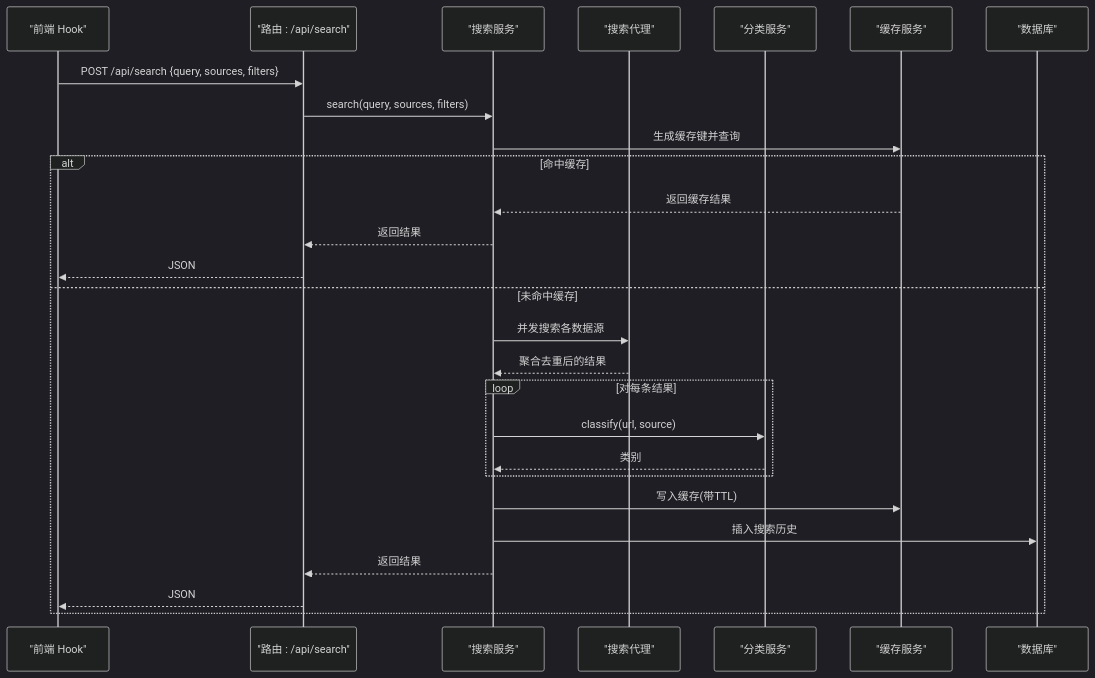
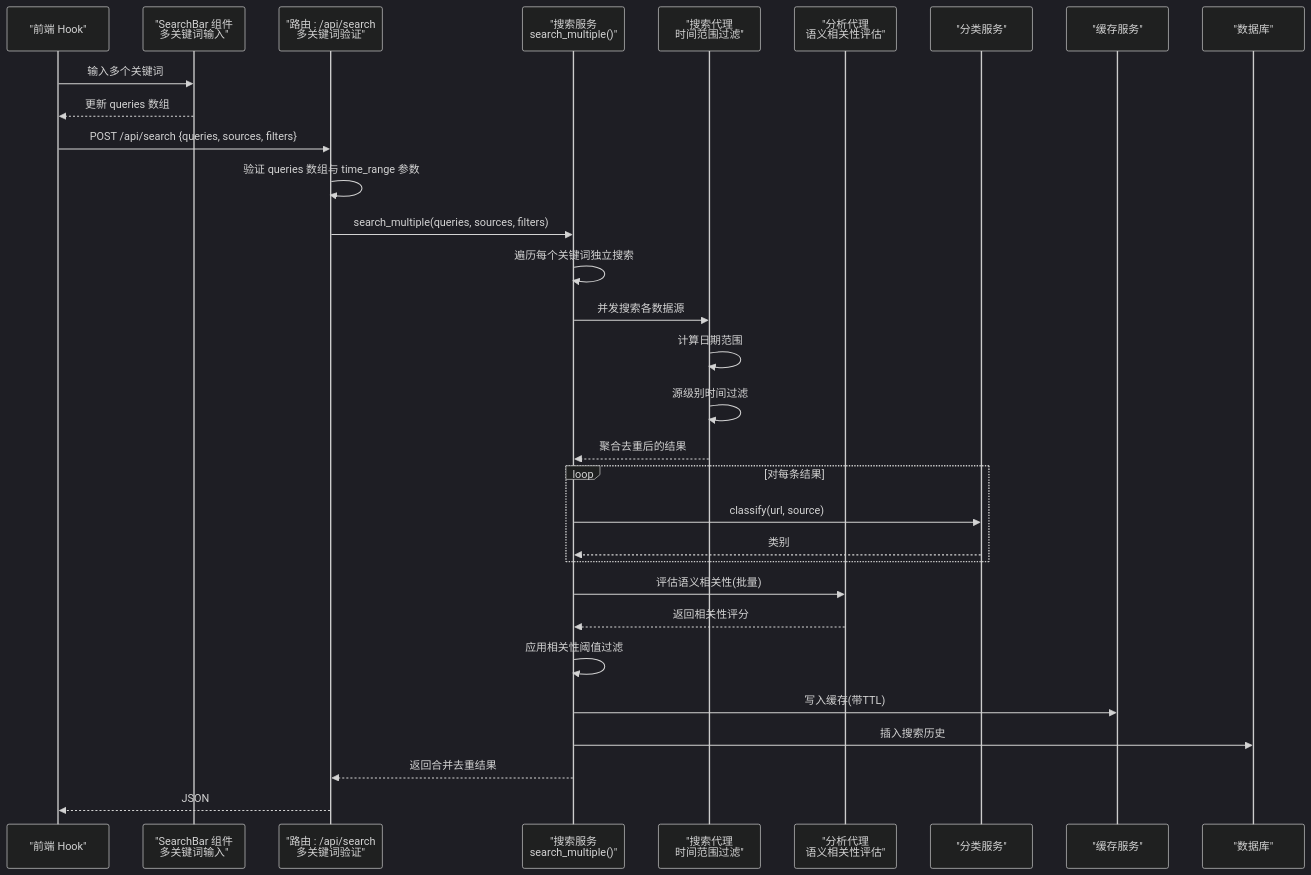
Before and after one commit to wangdy21/search_is_all_you_need: the second of 8 diagrams in .qoder/repowiki/zh/content/后端开发指南/服务层架构/搜索服务.md, drawn with Mermaid (dark theme). The commit also changed other lines of this file and 11 other files, not shown here.

````diff
--- a/.qoder/repowiki/zh/content/后端开发指南/服务层架构/搜索服务.md
+++ b/.qoder/repowiki/zh/content/后端开发指南/服务层架构/搜索服务.md
@@ -100,29 +123,33 @@
 ```mermaid
 sequenceDiagram
 participant FE as "前端 Hook"
-participant RT as "路由 : /api/search"
-participant SVC as "搜索服务"
-participant AG as "搜索代理"
+participant SB as "SearchBar 组件<br/>多关键词输入"
+participant RT as "路由 : /api/search<br/>多关键词验证"
+participant SVC as "搜索服务<br/>search_multiple()"
+participant AG as "搜索代理<br/>时间范围过滤"
+participant AA as "分析代理<br/>语义相关性评估"
 participant CL as "分类服务"
 participant CS as "缓存服务"
 participant DB as "数据库"
-FE->>RT : POST /api/search {query, sources, filters}
-RT->>SVC : search(query, sources, filters)
-SVC->>CS : 生成缓存键并查询
-alt 命中缓存
-CS-->>SVC : 返回缓存结果
-SVC-->>RT : 返回结果
-RT-->>FE : JSON
-else 未命中缓存
+FE->>SB : 输入多个关键词
+SB-->>FE : 更新 queries 数组
+FE->>RT : POST /api/search {queries, sources, filters}
+RT->>RT : 验证 queries 数组与 time_range 参数
+RT->>SVC : search_multiple(queries, sources, filters)
+SVC->>SVC : 遍历每个关键词独立搜索
 SVC->>AG : 并发搜索各数据源
+AG->>AG : 计算日期范围
+AG->>AG : 源级别时间过滤
 AG-->>SVC : 聚合去重后的结果
 loop 对每条结果
 SVC->>CL : classify(url, source)
 CL-->>SVC : 类别
 end
+SVC->>AA : 评估语义相关性(批量)
+AA-->>SVC : 返回相关性评分
+SVC->>SVC : 应用相关性阈值过滤
 SVC->>CS : 写入缓存(带TTL)
 SVC->>DB : 插入搜索历史
-SVC-->>RT : 返回结果
+SVC-->>RT : 返回合并去重结果
 RT-->>FE : JSON
-end
 ```
````
